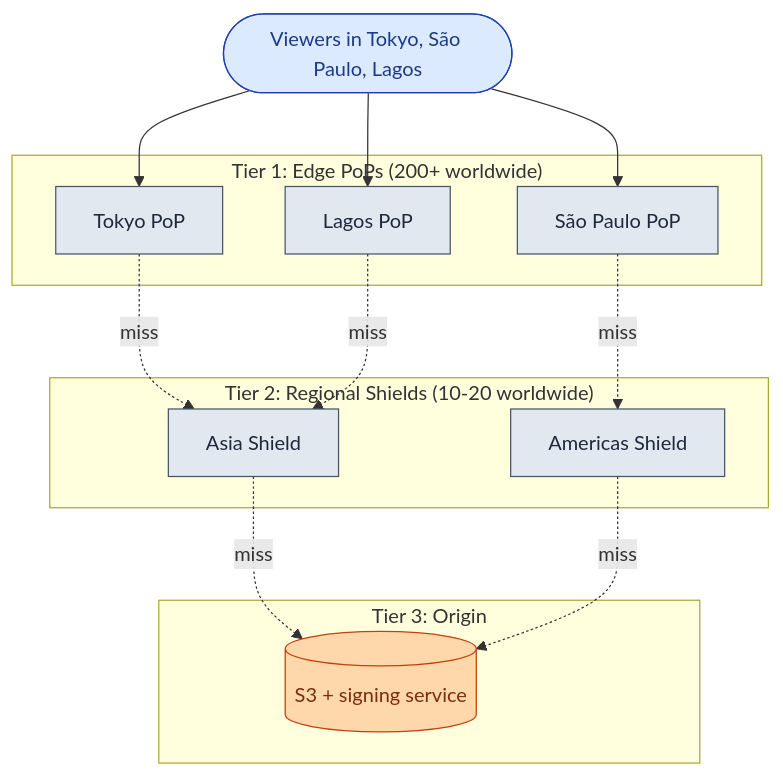
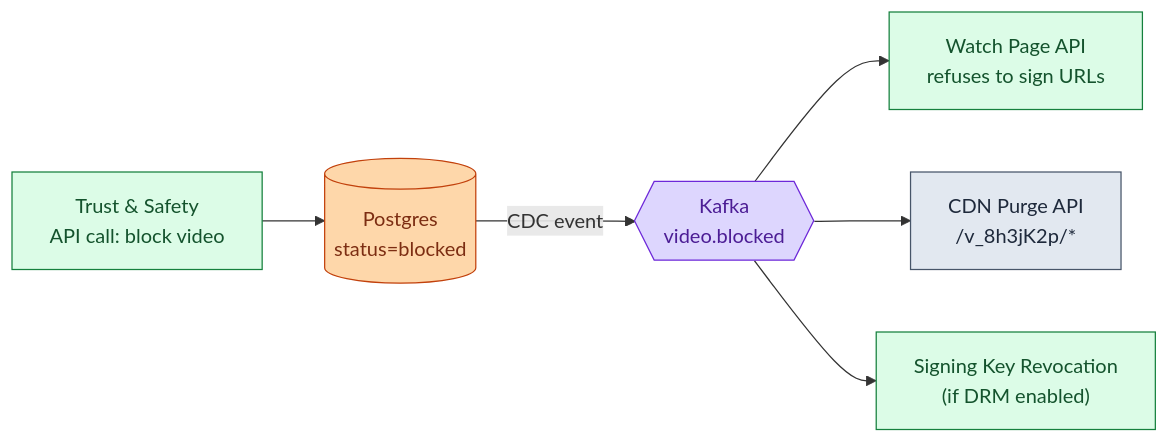
One commit to shiningflash/shiningflash.github.io changed diagram 11 of 16 in _practice/system-design/006-video-streaming.md. Above: the diagram before and after it, drawn with Mermaid. The commit also changed other lines of this file and 18 other files, not shown here.

````diff
--- a/_practice/system-design/006-video-streaming.md
+++ b/_practice/system-design/006-video-streaming.md
@@ -497,32 +570,13 @@
 ```mermaid
-flowchart TB
-    V([Viewers in Tokyo, São Paulo, Lagos]):::user
+flowchart LR
+    TS["Trust & Safety<br/>API call: block video"]:::app --> DB[("Postgres<br/>status=blocked")]:::db
+    DB -->|CDC event| K{{"Kafka<br/>video.blocked"}}:::queue
+    K --> WA["Watch Page API<br/>refuses to sign URLs"]:::app
+    K --> CDN_API["CDN Purge API<br/>/v_8h3jK2p/*"]:::edge
+    K --> KeyRevoke["Signing Key Revocation<br/>(if DRM enabled)"]:::app
 
-    subgraph Tier1["Tier 1: Edge PoPs (200+ worldwide)"]
-        E1["Tokyo PoP"]:::edge
-        E2["São Paulo PoP"]:::edge
-        E3["Lagos PoP"]:::edge
-    end
-
-    subgraph Tier2["Tier 2: Regional Shields (10-20 worldwide)"]
-        SH1["Asia Shield"]:::edge
-        SH2["Americas Shield"]:::edge
-    end
-
-    subgraph Tier3["Tier 3: Origin"]
-        S3out[("S3 + signing service")]:::db
-    end
-
-    V --> E1
-    V --> E2
-    V --> E3
-    E1 -.miss.-> SH1
-    E2 -.miss.-> SH2
-    E3 -.miss.-> SH1
-    SH1 -.miss.-> S3out
-    SH2 -.miss.-> S3out
-
-    classDef user  fill:#dbeafe,stroke:#1e40af,color:#1e3a8a
+    classDef app   fill:#dcfce7,stroke:#15803d,color:#14532d
+    classDef db    fill:#fed7aa,stroke:#c2410c,color:#7c2d12
+    classDef queue fill:#ddd6fe,stroke:#6d28d9,color:#4c1d95
     classDef edge  fill:#e2e8f0,stroke:#475569,color:#1e293b
-    classDef db    fill:#fed7aa,stroke:#c2410c,color:#7c2d12
 ```
````
